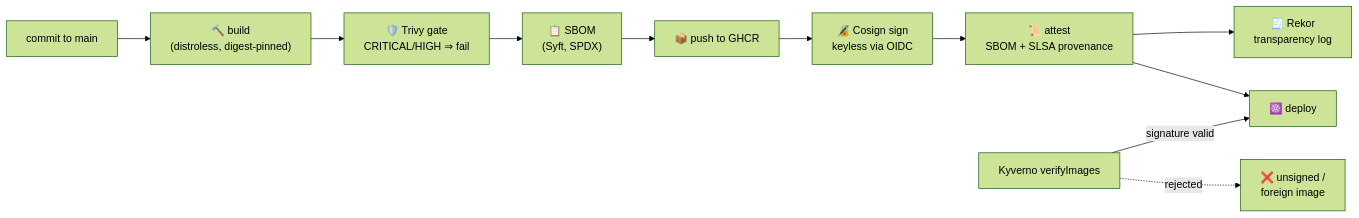
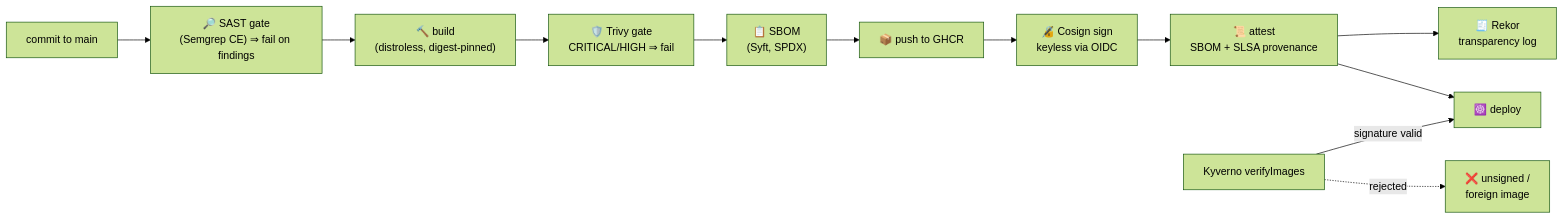
The diagram in README.md (alice101-dev/supply-chain-secure-build), drawn with Mermaid (forest theme) before and after one commit.

Commit message:
Add SAST gate to pipeline diagram

````diff
--- a/README.md
+++ b/README.md
@@ -30,13 +30,14 @@
 ```mermaid
 graph LR
-    C["commit to main"] --> B["🔨 build<br>(distroless, digest-pinned)"]
+    C["commit to main"] --> G["🔎 SAST gate<br>(Semgrep CE) ⇒ fail on findings"]
+    G --> B["🔨 build<br>(distroless, digest-pinned)"]
     B --> T["🛡️ Trivy gate<br>CRITICAL/HIGH ⇒ fail"]
     T --> S["📋 SBOM<br>(Syft, SPDX)"]
     S --> P["📦 push to GHCR"]
     P --> K["🔏 Cosign sign<br>keyless via OIDC"]
     K --> A["📜 attest<br>SBOM + SLSA provenance"]
     A --> R["🧾 Rekor<br>transparency log"]
     A --> D["☸️ deploy"]
     V["Kyverno verifyImages"] -->|signature valid| D
     V -.rejected.-> U["❌ unsigned /<br>foreign image"]
 ```
````
